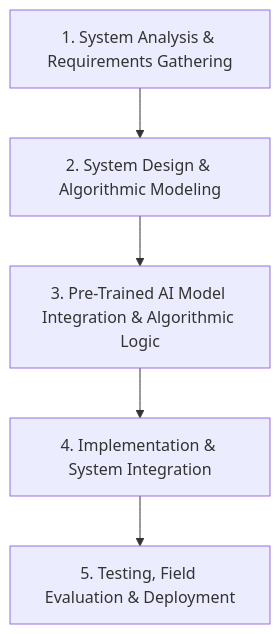
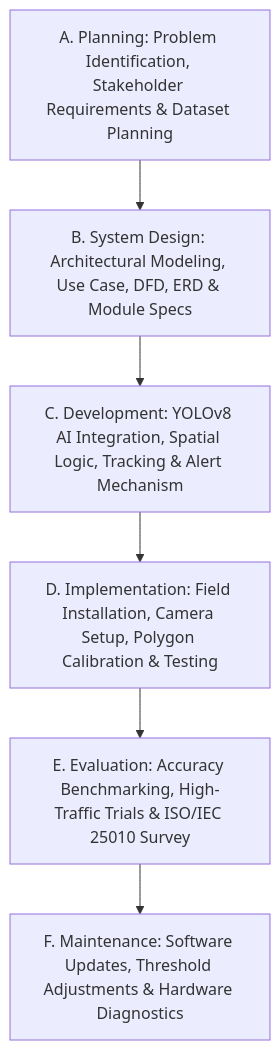
Before and after one commit to Chun-taro/AI-Powered-Yellow-Box-Zone-Violation-Monitoring-System: the second of 6 diagrams in docs/Revised_Research_Paper.md, drawn with Mermaid. The commit also changed other lines of this file and 8 other files, not shown here.

Commit message:
fix(detection, docs): restore full-scene vehicle tracking, optimize startup warm-up, and clean manuscript diagrams

````diff
--- a/docs/Revised_Research_Paper.md
+++ b/docs/Revised_Research_Paper.md
@@ -439,7 +447,8 @@
 ```mermaid
 flowchart TD
-    A["1. System Analysis & Requirements Gathering"] --> B["2. System Design & Algorithmic Modeling"]
-    B --> C["3. Pre-Trained AI Model Integration & Algorithmic Logic"]
-    C --> D["4. Implementation & System Integration"]
-    D --> E["5. Testing, Field Evaluation & Deployment"]
+    A["A. Planning: Problem Identification, Stakeholder Requirements & Dataset Planning"] --> B["B. System Design: Architectural Modeling, Use Case, DFD, ERD & Module Specs"]
+    B --> C["C. Development: YOLOv8 AI Integration, Spatial Logic, Tracking & Alert Mechanism"]
+    C --> D["D. Implementation: Field Installation, Camera Setup, Polygon Calibration & Testing"]
+    D --> E["E. Evaluation: Accuracy Benchmarking, High-Traffic Trials & ISO/IEC 25010 Survey"]
+    E --> F["F. Maintenance: Software Updates, Threshold Adjustments & Hardware Diagnostics"]
 ```
````
